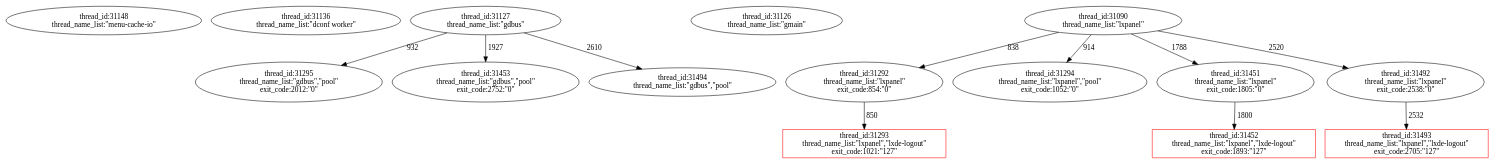
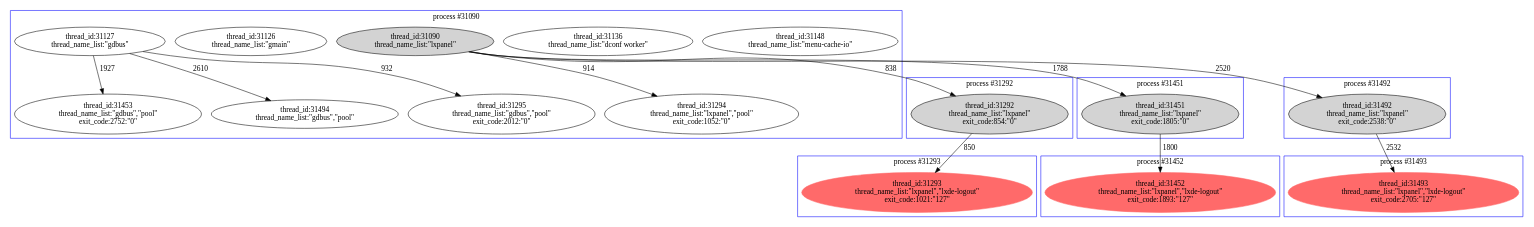
The diagram in strace_data_lxde_logout_fail/all.sort.normal.dot (ELWIN-MAO/data_process), drawn with Graphviz before and after one commit. The commit also changed 8 other files, not shown here.

```diff
--- a/strace_data_lxde_logout_fail/all.sort.normal.dot
+++ b/strace_data_lxde_logout_fail/all.sort.normal.dot
@@ -1,42 +1,70 @@
 digraph abc{
+subgraph cluster_31090 {
 31148   [label="thread_id:31148\nthread_name_list:\"menu-cache-io\""];
 31136   [label="thread_id:31136\nthread_name_list:\"dconf worker\""];
 31127   [label="thread_id:31127\nthread_name_list:\"gdbus\""];
 31126   [label="thread_id:31126\nthread_name_list:\"gmain\""];
-31090   [label="thread_id:31090\nthread_name_list:\"lxpanel\""];
-31292   [label="thread_id:31292\nthread_name_list:\"lxpanel\"\nexit_code:854:\"0\""];
-31293   [label="thread_id:31293\nthread_name_list:\"lxpanel\",\"lxde-logout\"\nexit_code:1021:\"127\"", shape="record",color="red"];
+31090   [label="thread_id:31090\nthread_name_list:\"lxpanel\"", style = filled ];
 31294   [label="thread_id:31294\nthread_name_list:\"lxpanel\",\"pool\"\nexit_code:1052:\"0\""];
 31295   [label="thread_id:31295\nthread_name_list:\"gdbus\",\"pool\"\nexit_code:2012:\"0\""];
-31451   [label="thread_id:31451\nthread_name_list:\"lxpanel\"\nexit_code:1805:\"0\""];
-31452   [label="thread_id:31452\nthread_name_list:\"lxpanel\",\"lxde-logout\"\nexit_code:1893:\"127\"", shape="record",color="red"];
 31453   [label="thread_id:31453\nthread_name_list:\"gdbus\",\"pool\"\nexit_code:2752:\"0\""];
-31492   [label="thread_id:31492\nthread_name_list:\"lxpanel\"\nexit_code:2538:\"0\""];
-31493   [label="thread_id:31493\nthread_name_list:\"lxpanel\",\"lxde-logout\"\nexit_code:2705:\"127\"", shape="record",color="red"];
 31494   [label="thread_id:31494\nthread_name_list:\"gdbus\",\"pool\""];
+label = "process #31090";
+color = blue;
+}
+subgraph cluster_31292 {
+31292   [label="thread_id:31292\nthread_name_list:\"lxpanel\"\nexit_code:854:\"0\"", style = filled ];
+label = "process #31292";
+color = blue;
+}
+subgraph cluster_31293 {
+31293   [label="thread_id:31293\nthread_name_list:\"lxpanel\",\"lxde-logout\"\nexit_code:1021:\"127\"", color="indianred1", style = filled ];
+label = "process #31293";
+color = blue;
+}
+subgraph cluster_31451 {
+31451   [label="thread_id:31451\nthread_name_list:\"lxpanel\"\nexit_code:1805:\"0\"", style = filled ];
+label = "process #31451";
+color = blue;
+}
+subgraph cluster_31452 {
+31452   [label="thread_id:31452\nthread_name_list:\"lxpanel\",\"lxde-logout\"\nexit_code:1893:\"127\"", color="indianred1", style = filled ];
+label = "process #31452";
+color = blue;
+}
+subgraph cluster_31492 {
+31492   [label="thread_id:31492\nthread_name_list:\"lxpanel\"\nexit_code:2538:\"0\"", style = filled ];
+label = "process #31492";
+color = blue;
+}
+subgraph cluster_31493 {
+31493   [label="thread_id:31493\nthread_name_list:\"lxpanel\",\"lxde-logout\"\nexit_code:2705:\"127\"", color="indianred1", style = filled ];
+label = "process #31493";
+color = blue;
+}
 
 
 31127 -> 31295   [label="932"];
 31127 -> 31453   [label="1927"];
 31127 -> 31494   [label="2610"];
 
 
 31090 -> 31292   [label="838"];
 31090 -> 31294   [label="914"];
 31090 -> 31451   [label="1788"];
 31090 -> 31492   [label="2520"];
 
 31292 -> 31293   [label="850"];
 
 
 
 
 31451 -> 31452   [label="1800"];
 
 
 
 31492 -> 31493   [label="2532"];
 
 
 
 }
```
